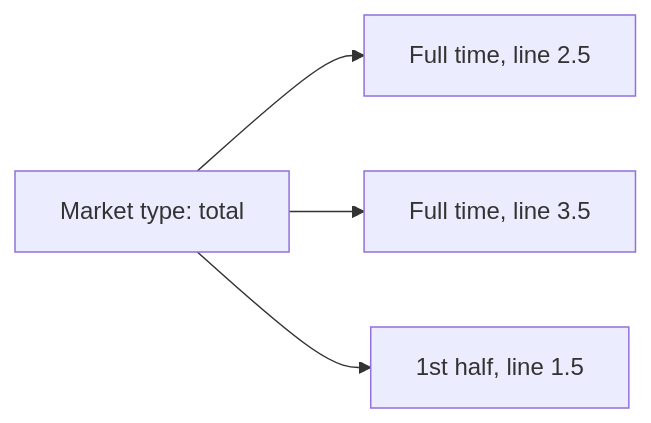
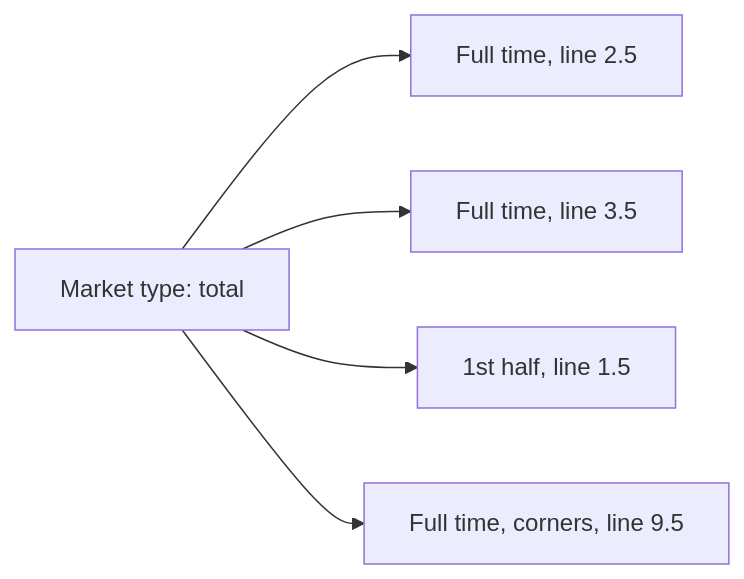
One commit to openbook-data-standards/openbook changed the diagram in docs/taxonomy.md. Above: the diagram before and after it, drawn with Mermaid. The commit also changed other lines of this file and 13 other files, not shown here.

````diff
--- a/docs/taxonomy.md
+++ b/docs/taxonomy.md
@@ -99,6 +128,7 @@
 ```mermaid
 flowchart LR
   type[Market type: total] --> m1[Full time, line 2.5]
   type --> m2[Full time, line 3.5]
   type --> m3[1st half, line 1.5]
+  type --> m4[Full time, corners, line 9.5]
 ```
````
